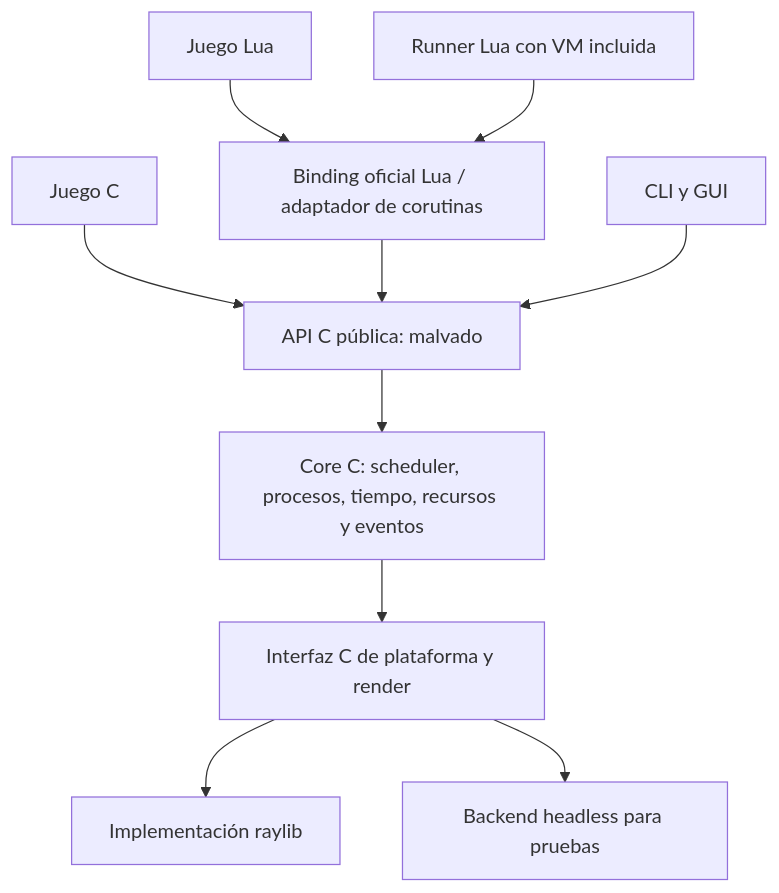
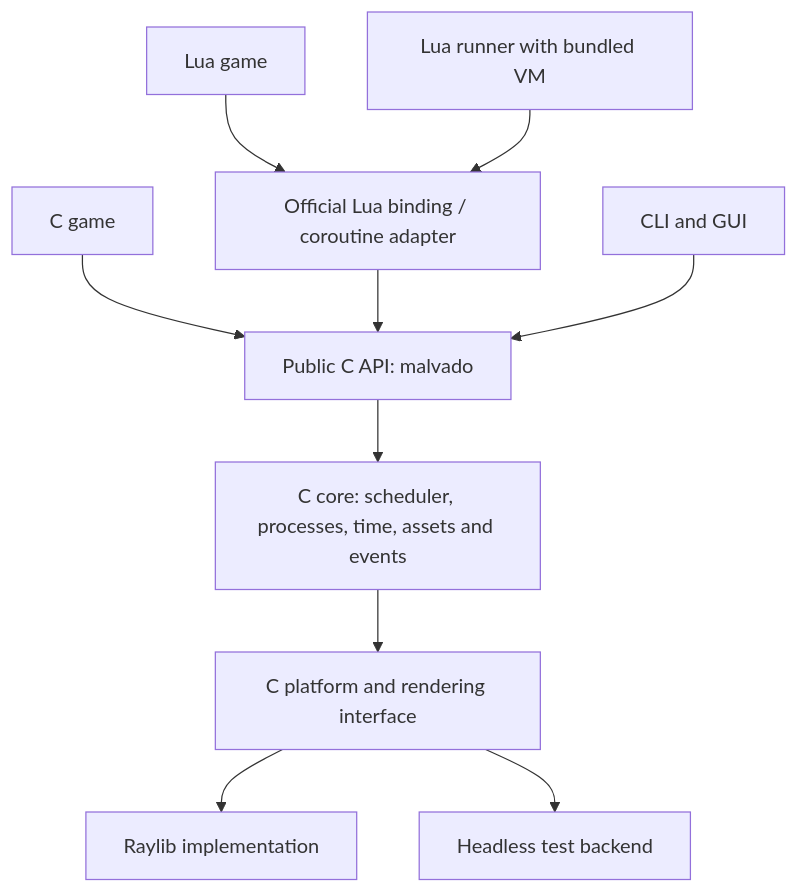
Before and after one commit to jepemo/malvado: the diagram in docs/architecture/c-first.md, drawn with Mermaid. The commit also changed other lines of this file and 60 other files, not shown here.

````diff
--- a/docs/architecture/c-first.md
+++ b/docs/architecture/c-first.md
@@ -11,12 +11,12 @@
 ```mermaid
 flowchart TD
-    CGame[Juego C] --> Public[API C pública: malvado]
-    LuaGame[Juego Lua] --> Binding[Binding oficial Lua / adaptador de corutinas]
+    CGame[C game] --> Public[Public C API: malvado]
+    LuaGame[Lua game] --> Binding[Official Lua binding / coroutine adapter]
     Binding --> Public
-    Public --> Core[Core C: scheduler, procesos, tiempo, recursos y eventos]
-    Core --> Platform[Interfaz C de plataforma y render]
-    Platform --> Raylib[Implementación raylib]
-    Platform --> Headless[Backend headless para pruebas]
-    Runner[Runner Lua con VM incluida] --> Binding
-    Tools[CLI y GUI] --> Public
+    Public --> Core[C core: scheduler, processes, time, assets and events]
+    Core --> Platform[C platform and rendering interface]
+    Platform --> Raylib[Raylib implementation]
+    Platform --> Headless[Headless test backend]
+    Runner[Lua runner with bundled VM] --> Binding
+    Tools[CLI and GUI] --> Public
 ```
````
